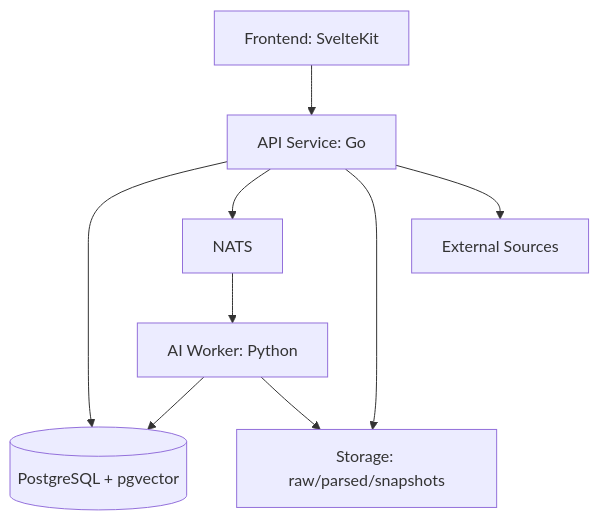
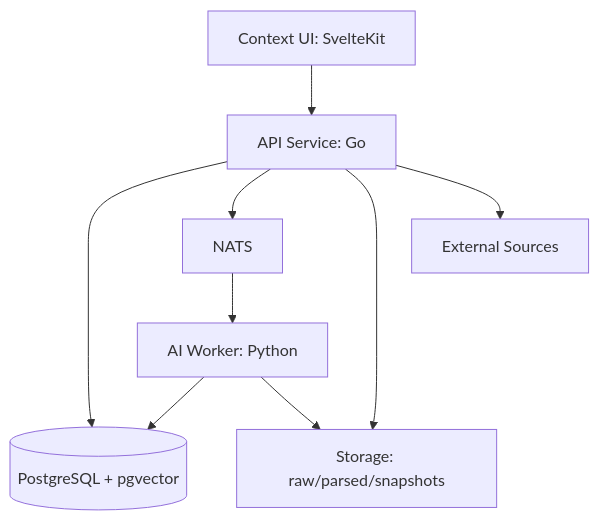
One commit to sx-tane/context-os changed the second of 2 diagrams in README.md. Above: the diagram before and after it, drawn with Mermaid. The commit also changed other lines of this file and 45 other files, not shown here.

Commit message:
refactor: Update processing pipeline diagram and stage descriptions for clarity and structure

````diff
--- a/README.md
+++ b/README.md
@@ -99,20 +84,20 @@
 ```mermaid
 flowchart TD
-  UI[Frontend: SvelteKit]
+  UI[Context UI: SvelteKit]
   API[API Service: Go]
   AW[AI Worker: Python]
   Q[NATS]
   DB[(PostgreSQL + pgvector)]
   ST[Storage: raw/parsed/snapshots]
   SRC[External Sources]
 
   UI --> API
   API --> DB
   API --> Q
   API --> ST
   API --> SRC
 
   Q --> AW
   AW --> DB
   AW --> ST
 ```
````
